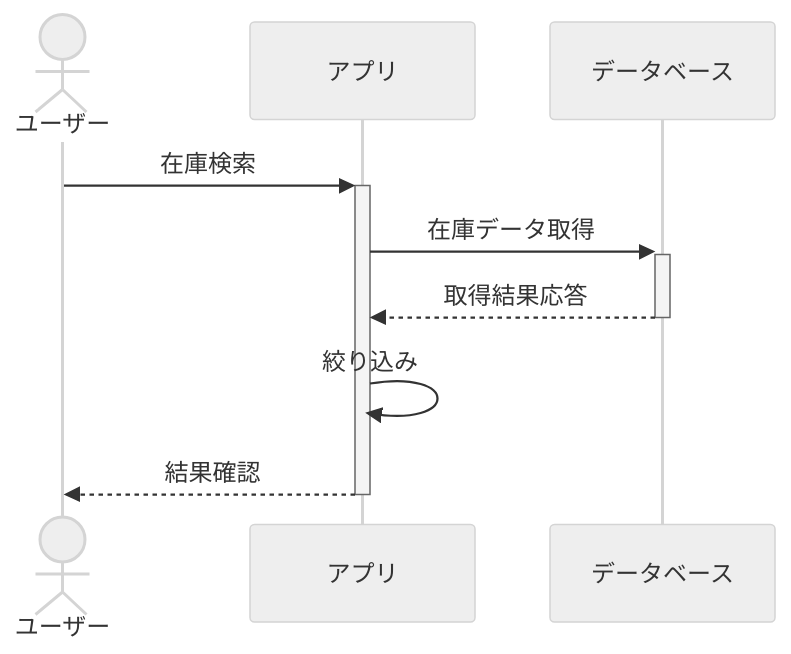
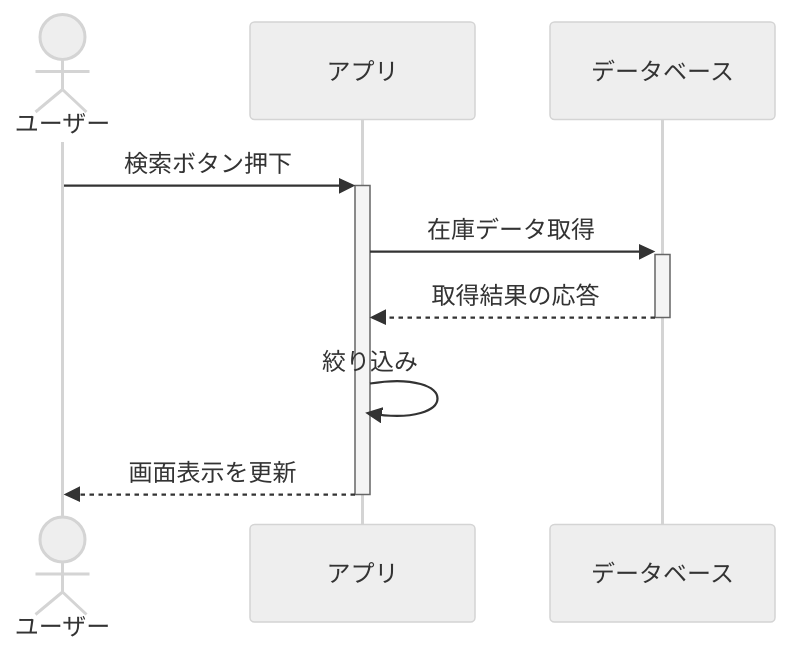
One commit to ToyamaDataCenter/InventSample2025 changed the second of 2 diagrams in task/在庫管理アプリの概要.md. Above: the diagram before and after it, drawn with Mermaid (neutral theme). The commit also changed other lines of this file, not shown here.

````diff
--- a/task/在庫管理アプリの概要.md
+++ b/task/在庫管理アプリの概要.md
@@ -95,12 +97,12 @@
 ```mermaid
 sequenceDiagram
 actor user as ユーザー
 participant app as アプリ
 participant db as データベース
-    user ->>+ app: 在庫検索
+    user ->>+ app: 検索ボタン押下
     app ->>+ db: 在庫データ取得
-    db -->>- app : 取得結果応答
+    db -->>- app : 取得結果の応答
     app ->> app: 絞り込み
-    app -->>- user: 結果確認
+    app -->>- user: 画面表示を更新
 
 ```
````
